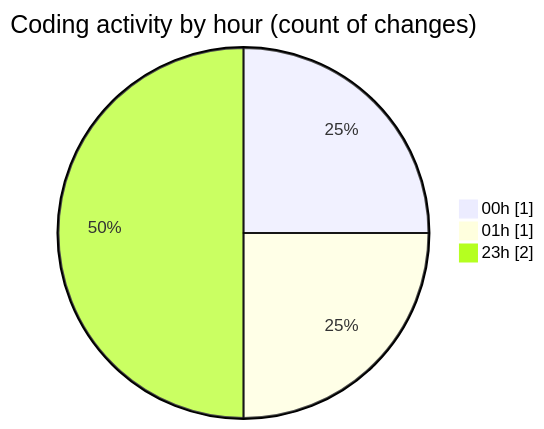
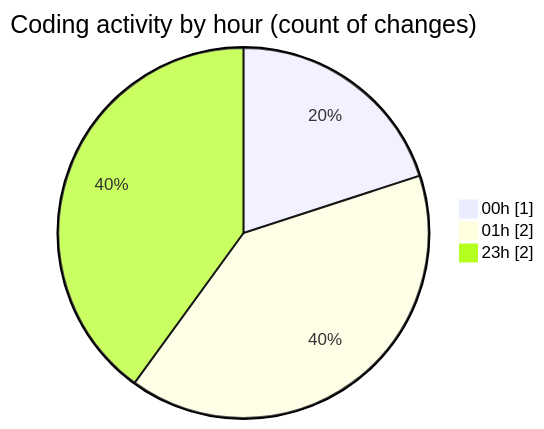
Before and after one commit to charlie-sans/code-tracking: the second of 2 diagrams in 2025-02-19/masm/README.md, drawn with Mermaid. The commit also changed other lines of this file and 1 other file, not shown here.

````diff
--- a/2025-02-19/masm/README.md
+++ b/2025-02-19/masm/README.md
@@ -29,7 +29,7 @@
 ```mermaid
 pie showData
 title Coding activity by hour (count of changes)
 "00h" : 1
-"01h" : 1
+"01h" : 2
 "23h" : 2
 ```
````
